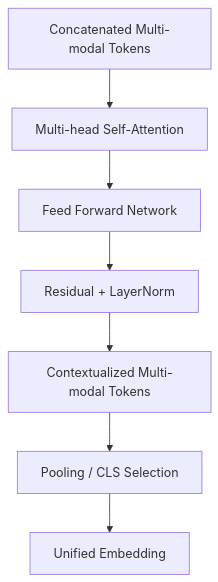
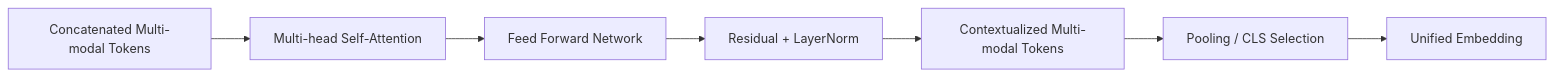
One commit to Computer-Vision-HCMUS/Product-Ecommerce-Image-Retrieval changed the sixth of 11 diagrams in docs/proposal/proposal.md. Above: the diagram before and after it, drawn with Mermaid. The commit also changed other lines of this file and 14 other files, not shown here.

Commit message:
Enhance proposal documentation for Visual Product Image Search by adding detailed diagrams and visual aids, including flowcharts and images for various components of the SCALE architecture. Introduce new PDF and LaTeX files for comprehensive presentation of the proposal.

````diff
--- a/docs/proposal/proposal.md
+++ b/docs/proposal/proposal.md
@@ -735,9 +745,9 @@
 ```mermaid
-flowchart TD
+flowchart LR
     X["Concatenated Multi-modal Tokens"] --> SA["Multi-head Self-Attention"]
     SA --> FFN["Feed Forward Network"]
     FFN --> LN["Residual + LayerNorm"]
     LN --> O["Contextualized Multi-modal Tokens"]
     O --> POOL["Pooling / CLS Selection"]
     POOL --> EMB["Unified Embedding"]
 ```
````
